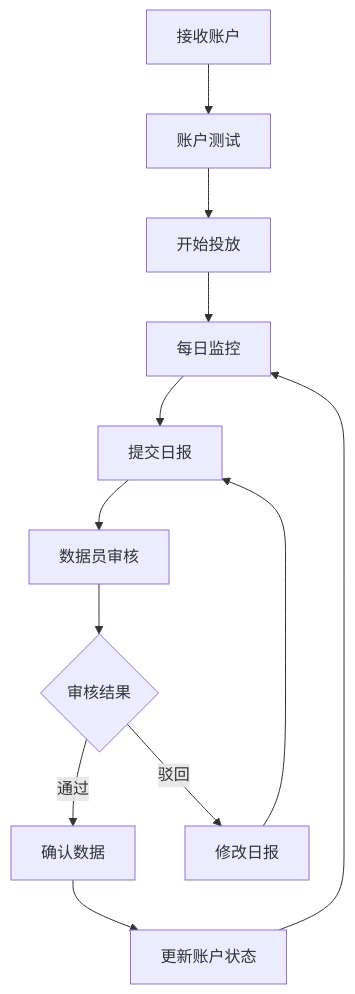
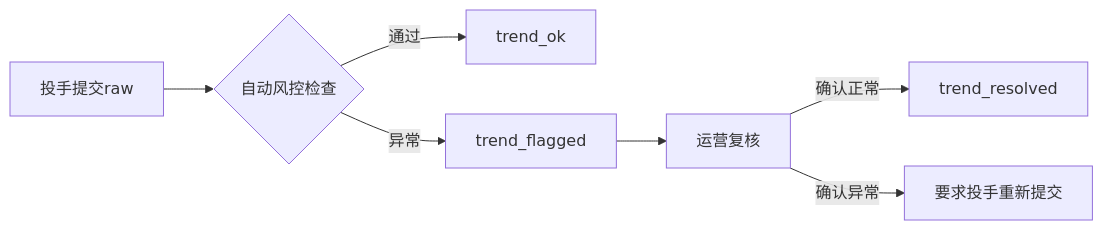
Before and after one commit to wade56754/AI_ad_spend02: the second of 5 diagrams in docs/core/SYSTEM_OVERVIEW.md, drawn with Mermaid. The commit also changed other lines of this file and 210 other files, not shown here.

````diff
--- a/docs/core/SYSTEM_OVERVIEW.md
+++ b/docs/core/SYSTEM_OVERVIEW.md
@@ -118,14 +627,9 @@
 ```mermaid
-graph TD
-    A[接收账户] --> B[账户测试]
-    B --> C[开始投放]
-    C --> D[每日监控]
-    D --> E[提交日报]
-    E --> F[数据员审核]
-    F --> G{审核结果}
-    G -->|通过| H[确认数据]
-    G -->|驳回| I[修改日报]
-    I --> E
-    H --> J[更新账户状态]
-    J --> D
+flowchart LR
+    A[投手提交raw] --> B{自动风控检查}
+    B -->|通过| C[trend_ok]
+    B -->|异常| D[trend_flagged]
+    D --> E[运营复核]
+    E -->|确认正常| F[trend_resolved]
+    E -->|确认异常| G[要求投手重新提交]
 ```
````
